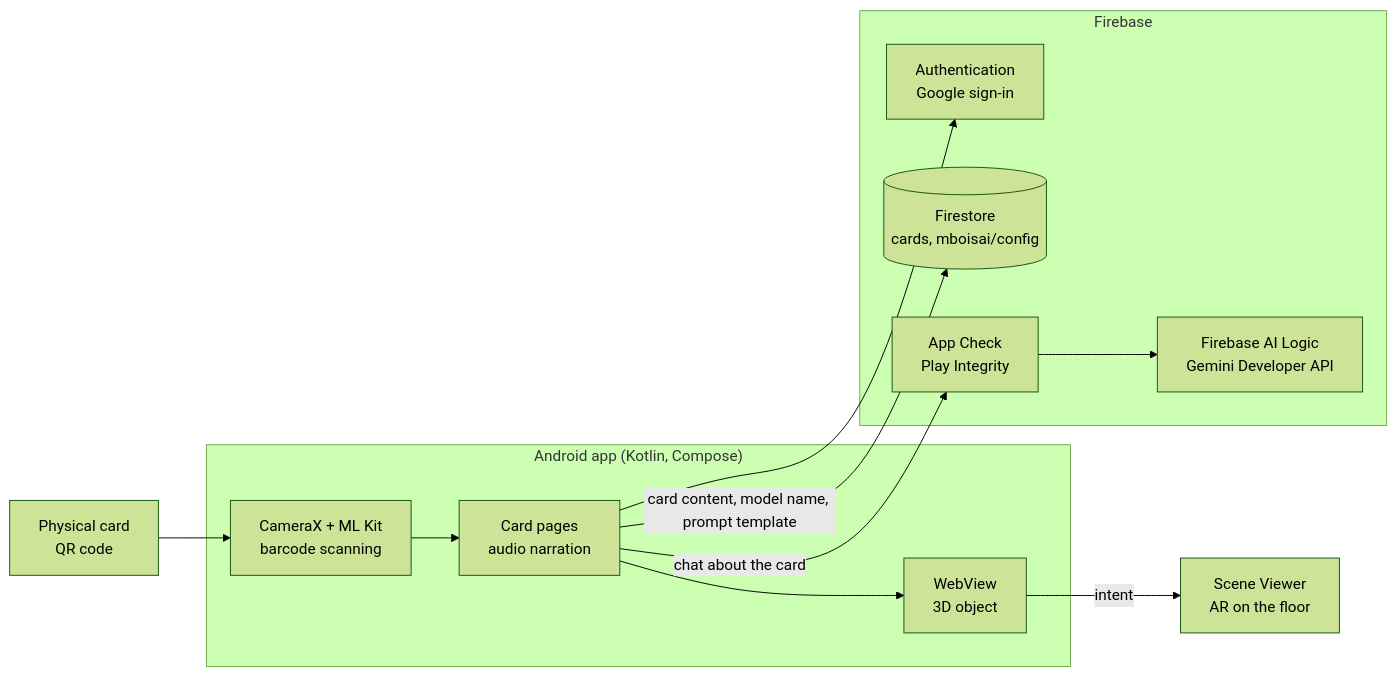
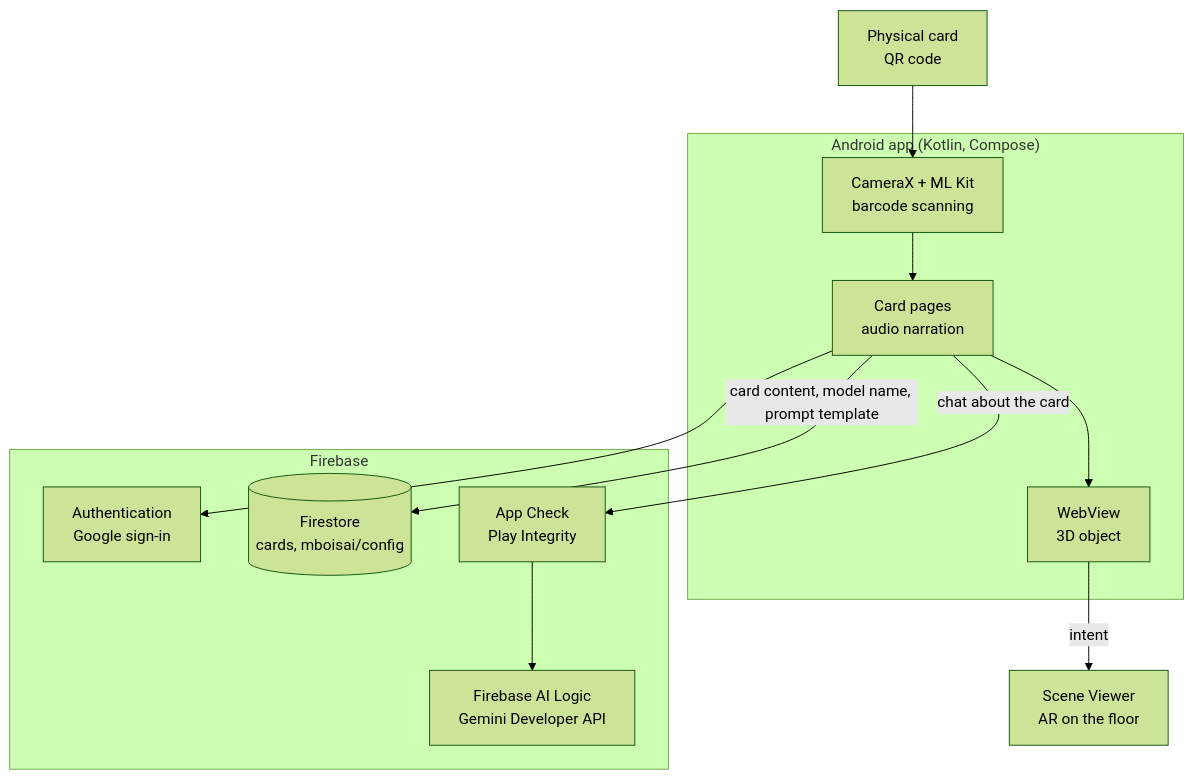
Before and after one commit to khrlanamm/M-BOIS: the diagram in README.md, drawn with Mermaid (forest theme).

Commit message:
Lay out the architecture diagram top to bottom

````diff
--- a/README.md
+++ b/README.md
@@ -19,21 +19,21 @@
 ```mermaid
-flowchart LR
+flowchart TB
   card["Physical card<br>QR code"]
   subgraph App["Android app (Kotlin, Compose)"]
     scan["CameraX + ML Kit<br>barcode scanning"]
     ui["Card pages<br>audio narration"]
     web["WebView<br>3D object"]
   end
   subgraph Firebase
     auth["Authentication<br>Google sign-in"]
     fs[("Firestore<br>cards, mboisai/config")]
     check["App Check<br>Play Integrity"]
     ai["Firebase AI Logic<br>Gemini Developer API"]
   end
   sv["Scene Viewer<br>AR on the floor"]
   card --> scan --> ui
   ui --> auth
   ui -->|card content, model name, prompt template| fs
   ui -->|chat about the card| check --> ai
   ui --> web -->|intent| sv
 ```
````
